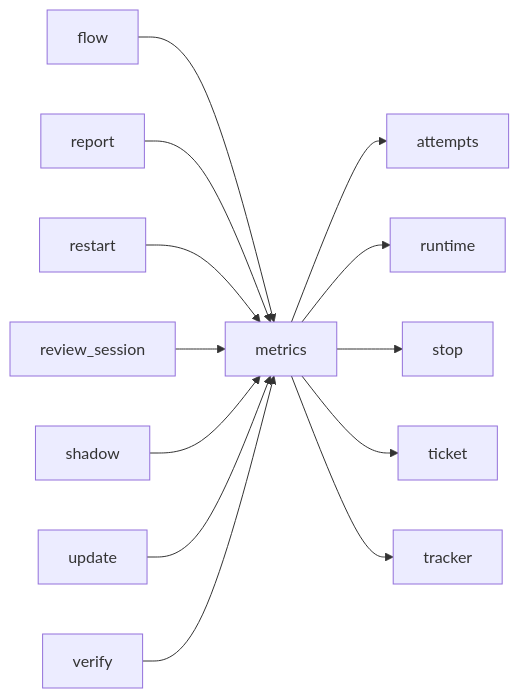
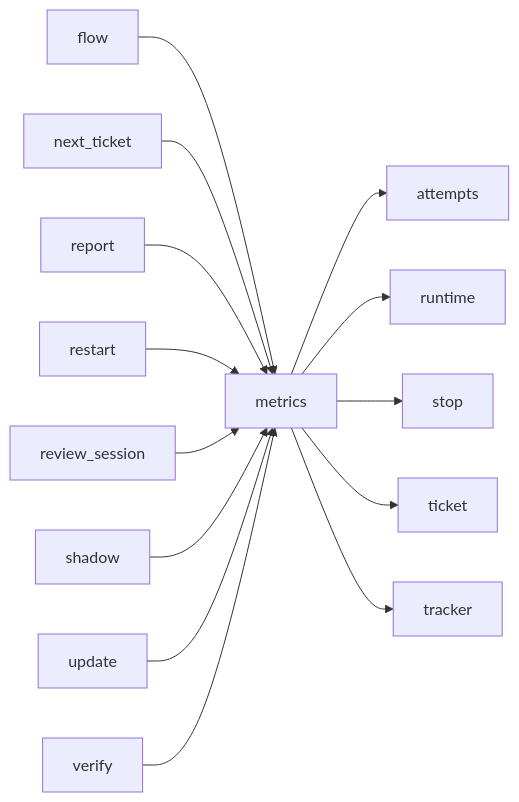
One commit to plaplanche/ariane changed the third of 3 diagrams in docs/architecture/modules/metrics.md. Above: the diagram before and after it, drawn with Mermaid. The commit also changed 42 other files, not shown here.

Commit message:
#223: ariane next: propose the next ticket that can start safely next to the running ones, start it on the owner's confirmation (C11, C22, C23)

````diff
--- a/docs/architecture/modules/metrics.md
+++ b/docs/architecture/modules/metrics.md
@@ -76,15 +76,16 @@
 ```mermaid
 flowchart LR
   flow --> metrics
   metrics --> attempts
   metrics --> runtime
   metrics --> stop
   metrics --> ticket
   metrics --> tracker
+  next_ticket --> metrics
   report --> metrics
   restart --> metrics
   review_session --> metrics
   shadow --> metrics
   update --> metrics
   verify --> metrics
 ```
````
